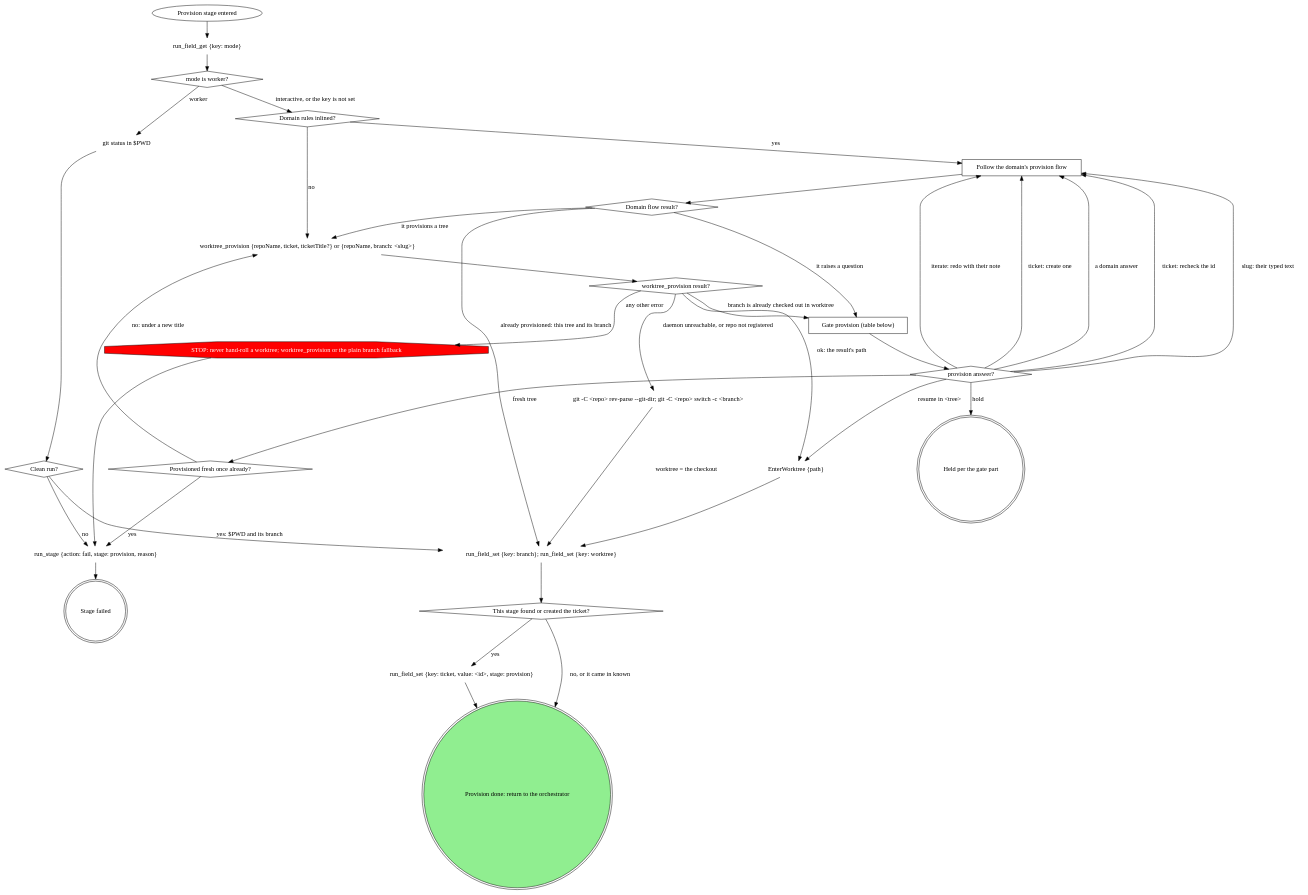
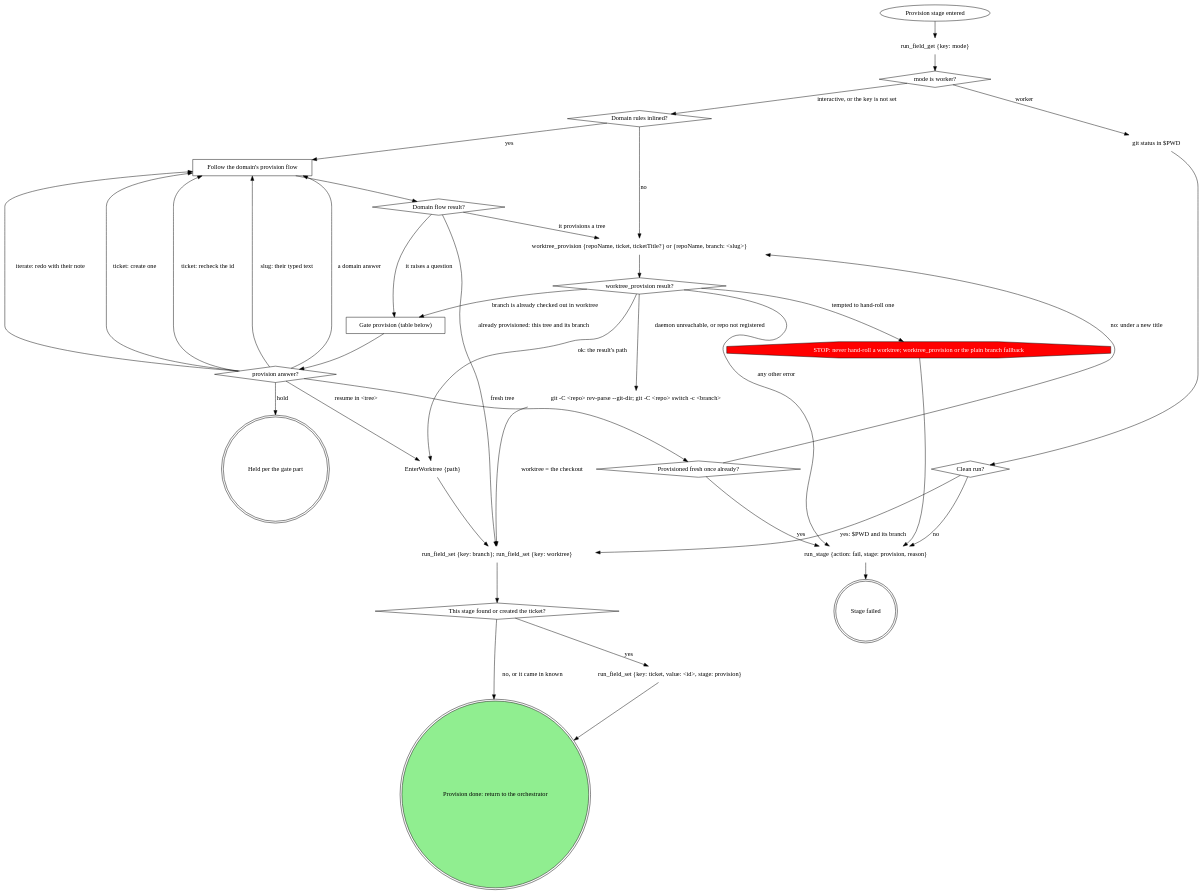
One commit to m4ttstack/mattstack changed the diagram in plugins/mattstack/attachments/work-next/work-next-provision/SKILL.md. Above: the diagram before and after it, drawn with Graphviz. The commit also changed 11 other files, not shown here.

````diff
--- a/plugins/mattstack/attachments/work-next/work-next-provision/SKILL.md
+++ b/plugins/mattstack/attachments/work-next/work-next-provision/SKILL.md
@@ -24,67 +24,68 @@
 ```dot
 digraph provision {
     rankdir=TB;
 
     "Provision stage entered" [shape=ellipse];
     "run_field_get {key: mode}" [shape=plaintext];
     "mode is worker?" [shape=diamond];
     "git status in $PWD" [shape=plaintext];
     "Clean run?" [shape=diamond];
     "Domain rules inlined?" [shape=diamond];
     "Follow the domain's provision flow" [shape=box];
     "Domain flow result?" [shape=diamond];
     "worktree_provision {repoName, ticket, ticketTitle?} or {repoName, branch: <slug>}" [shape=plaintext];
     "worktree_provision result?" [shape=diamond];
     "EnterWorktree {path}" [shape=plaintext];
     "Gate provision (table below)" [shape=box];
     "provision answer?" [shape=diamond];
     "Provisioned fresh once already?" [shape=diamond];
     "git -C <repo> rev-parse --git-dir; git -C <repo> switch -c <branch>" [shape=plaintext];
     "STOP: never hand-roll a worktree; worktree_provision or the plain branch fallback" [shape=octagon style=filled fillcolor=red fontcolor=white];
     "run_field_set {key: branch}; run_field_set {key: worktree}" [shape=plaintext];
     "This stage found or created the ticket?" [shape=diamond];
     "run_field_set {key: ticket, value: <id>, stage: provision}" [shape=plaintext];
     "run_stage {action: fail, stage: provision, reason}" [shape=plaintext];
     "Held per the gate part" [shape=doublecircle];
     "Stage failed" [shape=doublecircle];
     "Provision done: return to the orchestrator" [shape=doublecircle style=filled fillcolor=lightgreen];
 
     "Provision stage entered" -> "run_field_get {key: mode}";
     "run_field_get {key: mode}" -> "mode is worker?";
     "mode is worker?" -> "git status in $PWD" [label="worker"];
     "mode is worker?" -> "Domain rules inlined?" [label="interactive, or the key is not set"];
     "git status in $PWD" -> "Clean run?";
     "Clean run?" -> "run_field_set {key: branch}; run_field_set {key: worktree}" [label="yes: $PWD and its branch"];
     "Clean run?" -> "run_stage {action: fail, stage: provision, reason}" [label="no"];
     "Domain rules inlined?" -> "Follow the domain's provision flow" [label="yes"];
     "Domain rules inlined?" -> "worktree_provision {repoName, ticket, ticketTitle?} or {repoName, branch: <slug>}" [label="no"];
     "Follow the domain's provision flow" -> "Domain flow result?";
     "Domain flow result?" -> "worktree_provision {repoName, ticket, ticketTitle?} or {repoName, branch: <slug>}" [label="it provisions a tree"];
     "Domain flow result?" -> "Gate provision (table below)" [label="it raises a question"];
     "Domain flow result?" -> "run_field_set {key: branch}; run_field_set {key: worktree}" [label="already provisioned: this tree and its branch"];
     "worktree_provision {repoName, ticket, ticketTitle?} or {repoName, branch: <slug>}" -> "worktree_provision result?";
     "worktree_provision result?" -> "EnterWorktree {path}" [label="ok: the result's path"];
     "worktree_provision result?" -> "Gate provision (table below)" [label="branch is already checked out in worktree"];
     "worktree_provision result?" -> "git -C <repo> rev-parse --git-dir; git -C <repo> switch -c <branch>" [label="daemon unreachable, or repo not registered"];
-    "worktree_provision result?" -> "STOP: never hand-roll a worktree; worktree_provision or the plain branch fallback" [label="any other error"];
+    "worktree_provision result?" -> "run_stage {action: fail, stage: provision, reason}" [label="any other error"];
+    "worktree_provision result?" -> "STOP: never hand-roll a worktree; worktree_provision or the plain branch fallback" [label="tempted to hand-roll one"];
     "STOP: never hand-roll a worktree; worktree_provision or the plain branch fallback" -> "run_stage {action: fail, stage: provision, reason}";
     "git -C <repo> rev-parse --git-dir; git -C <repo> switch -c <branch>" -> "run_field_set {key: branch}; run_field_set {key: worktree}" [label="worktree = the checkout"];
     "EnterWorktree {path}" -> "run_field_set {key: branch}; run_field_set {key: worktree}";
     "Gate provision (table below)" -> "provision answer?";
     "provision answer?" -> "EnterWorktree {path}" [label="resume in <tree>"];
     "provision answer?" -> "Provisioned fresh once already?" [label="fresh tree"];
     "provision answer?" -> "Follow the domain's provision flow" [label="ticket: create one"];
     "provision answer?" -> "Follow the domain's provision flow" [label="ticket: recheck the id"];
     "provision answer?" -> "Follow the domain's provision flow" [label="slug: their typed text"];
     "provision answer?" -> "Follow the domain's provision flow" [label="a domain answer"];
     "provision answer?" -> "Follow the domain's provision flow" [label="iterate: redo with their note"];
     "provision answer?" -> "Held per the gate part" [label="hold"];
     "Provisioned fresh once already?" -> "worktree_provision {repoName, ticket, ticketTitle?} or {repoName, branch: <slug>}" [label="no: under a new title"];
     "Provisioned fresh once already?" -> "run_stage {action: fail, stage: provision, reason}" [label="yes"];
     "run_field_set {key: branch}; run_field_set {key: worktree}" -> "This stage found or created the ticket?";
     "This stage found or created the ticket?" -> "run_field_set {key: ticket, value: <id>, stage: provision}" [label="yes"];
     "This stage found or created the ticket?" -> "Provision done: return to the orchestrator" [label="no, or it came in known"];
     "run_field_set {key: ticket, value: <id>, stage: provision}" -> "Provision done: return to the orchestrator";
     "run_stage {action: fail, stage: provision, reason}" -> "Stage failed";
 }
 ```
````
